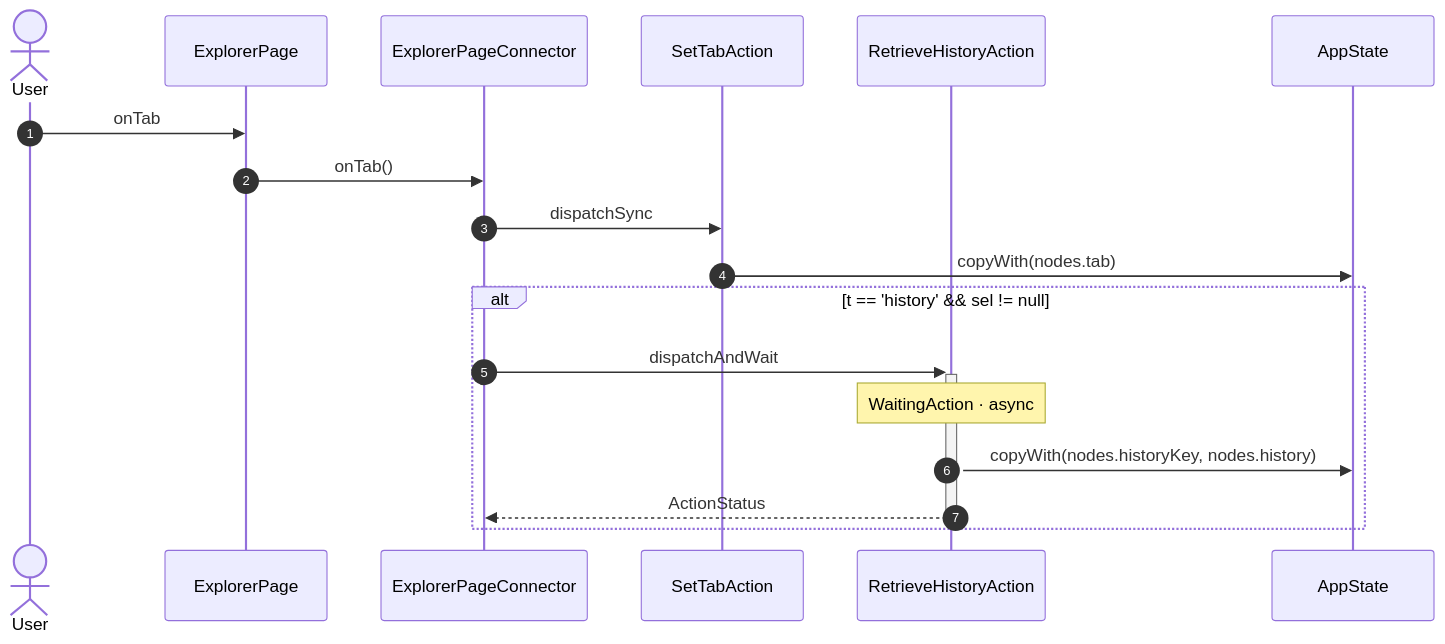
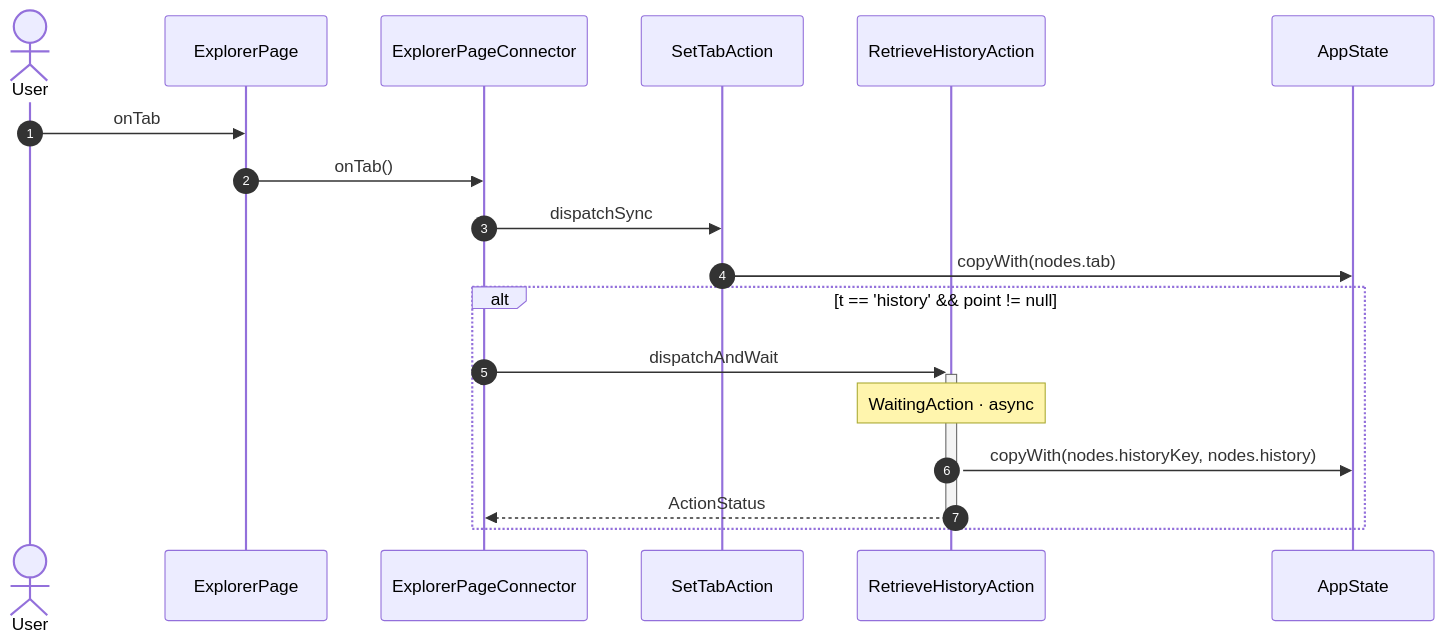
Before and after one commit to gencto/wyrm: diagram 16 of 24 in studio/docs/flows/explorer.md, drawn with Mermaid. The commit also changed other lines of this file and 67 other files, not shown here.

````diff
--- a/studio/docs/flows/explorer.md
+++ b/studio/docs/flows/explorer.md
@@ -94,21 +289,21 @@
 ```mermaid
 sequenceDiagram
     autonumber
     actor User
     participant UI as ExplorerPage
     participant VM as ExplorerPageConnector
     participant A1 as SetTabAction
     participant A2 as RetrieveHistoryAction
     participant ST as AppState
 
     User->>UI: onTab
     UI->>VM: onTab()
     VM->>A1: dispatchSync
     A1->>ST: copyWith(nodes.tab)
-    alt t == 'history' && sel != null
+    alt t == 'history' && point != null
         VM->>+A2: dispatchAndWait
         Note over A2: WaitingAction · async
         A2->>ST: copyWith(nodes.historyKey, nodes.history)
         A2-->>-VM: ActionStatus
     end
 ```
````
